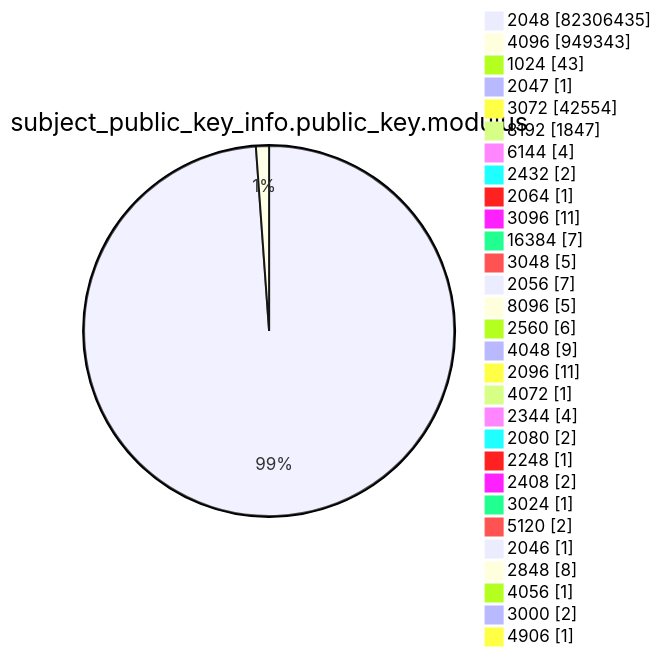
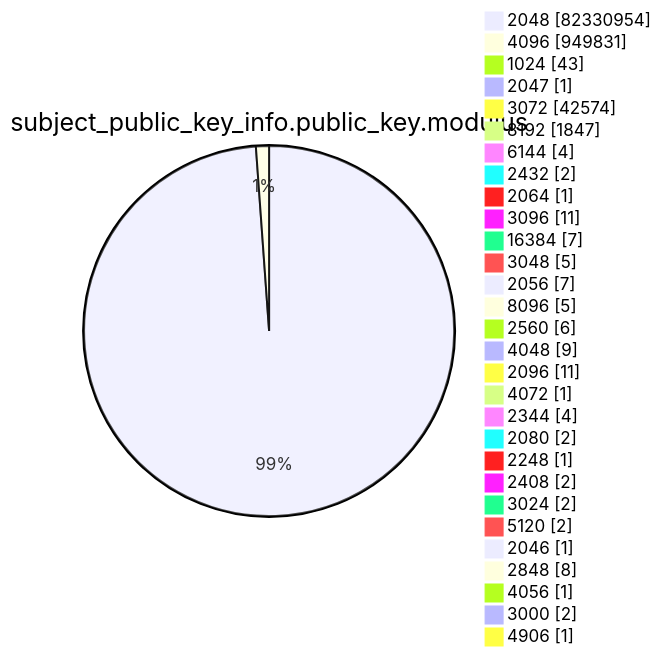
Diagram 13 of 15 in argon2023/README.md (christiankrug/ctmonitor_visualization), drawn with Mermaid before and after one commit. The commit also changed other lines of this file, not shown here.

````diff
--- a/argon2023/README.md
+++ b/argon2023/README.md
@@ -2727,33 +2727,33 @@
 ```mermaid
 pie showData
 title subject_public_key_info.public_key.modulus
-"2048" :82306435
-"4096" :949343
+"2048" :82330954
+"4096" :949831
 "1024" :43
 "2047" :1
-"3072" :42554
+"3072" :42574
 "8192" :1847
 "6144" :4
 "2432" :2
 "2064" :1
 "3096" :11
 "16384" :7
 "3048" :5
 "2056" :7
 "8096" :5
 "2560" :6
 "4048" :9
 "2096" :11
 "4072" :1
 "2344" :4
 "2080" :2
 "2248" :1
 "2408" :2
-"3024" :1
+"3024" :2
 "5120" :2
 "2046" :1
 "2848" :8
 "4056" :1
 "3000" :2
 "4906" :1
 ```
````
